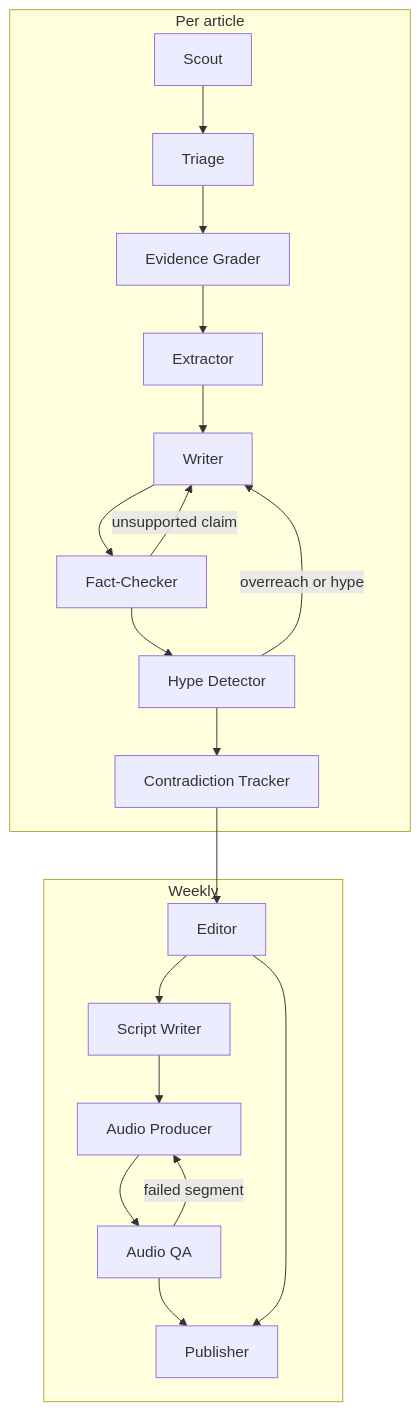
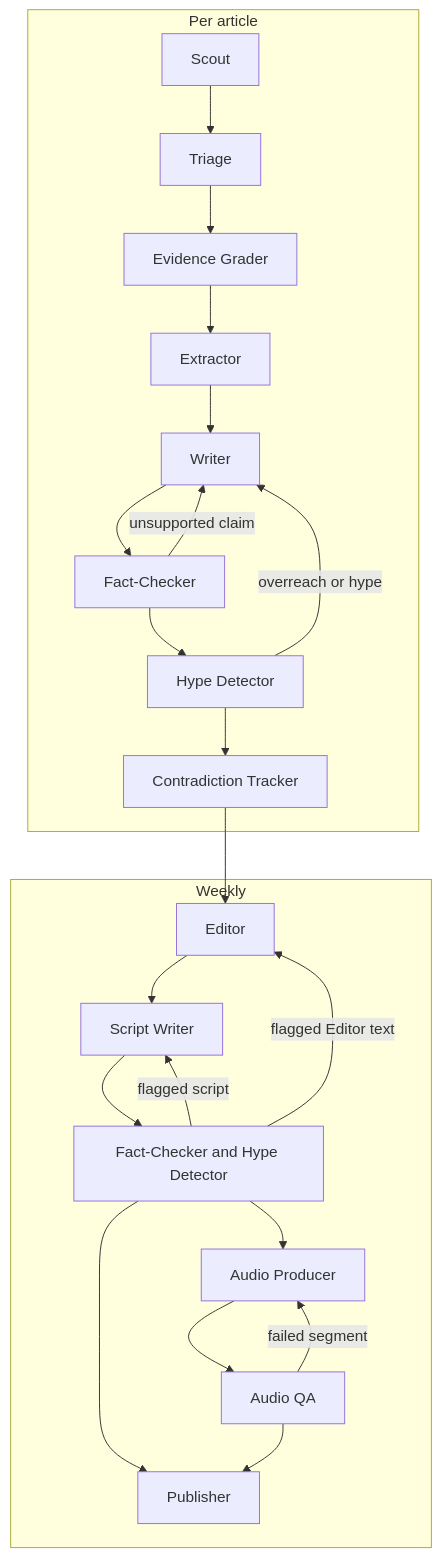
One commit to wpalombini/nutri-minutes changed the diagram in docs/agents.md. Above: the diagram before and after it, drawn with Mermaid. The commit also changed other lines of this file and 1 other file, not shown here.

````diff
--- a/docs/agents.md
+++ b/docs/agents.md
@@ -13,25 +13,28 @@
 ```mermaid
 flowchart TD
     subgraph perArticle["Per article"]
         Scout --> Triage
         Triage --> Grader["Evidence Grader"]
         Grader --> Extractor
         Extractor --> Writer
         Writer --> FactChecker["Fact-Checker"]
         FactChecker -- "unsupported claim" --> Writer
         FactChecker --> Hype["Hype Detector"]
         Hype -- "overreach or hype" --> Writer
         Hype --> Tracker["Contradiction Tracker"]
     end
 
     subgraph weekly["Weekly"]
         Editor --> Scripts["Script Writer"]
-        Scripts --> Audio["Audio Producer"]
+        Scripts --> WeeklyGates["Fact-Checker and Hype Detector"]
+        WeeklyGates -- "flagged script" --> Scripts
+        WeeklyGates -- "flagged Editor text" --> Editor
+        WeeklyGates --> Audio["Audio Producer"]
+        WeeklyGates --> Publisher
         Audio --> AudioQA["Audio QA"]
         AudioQA -- "failed segment" --> Audio
         AudioQA --> Publisher
-        Editor --> Publisher
     end
 
     Tracker --> Editor
 ```
````
